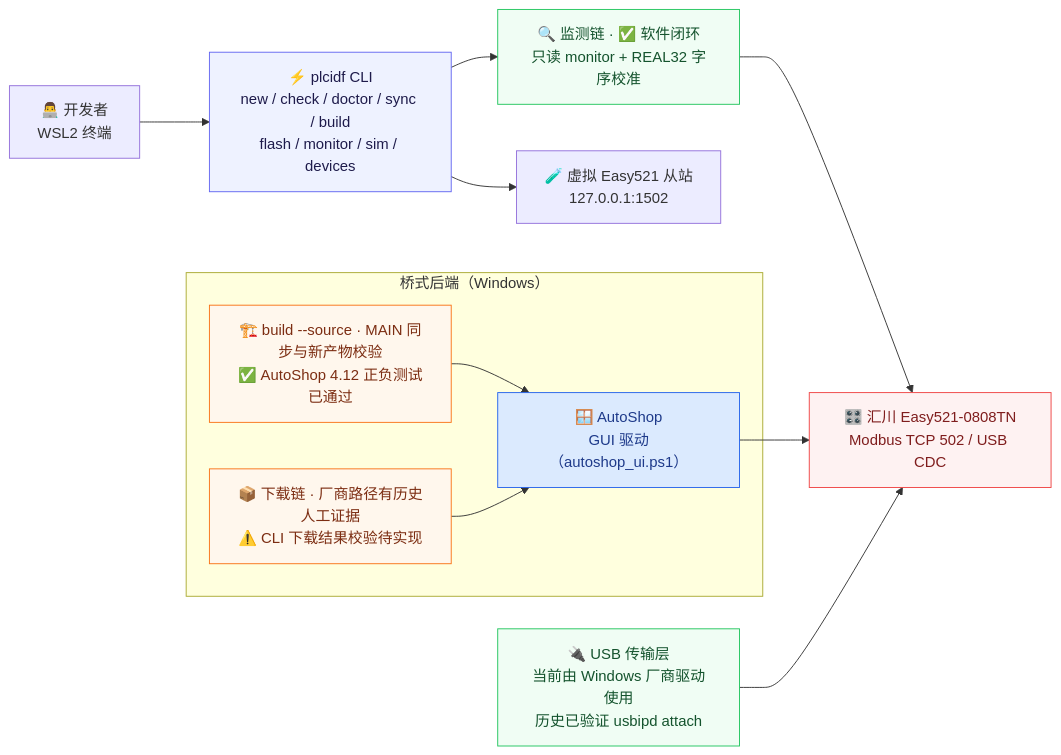
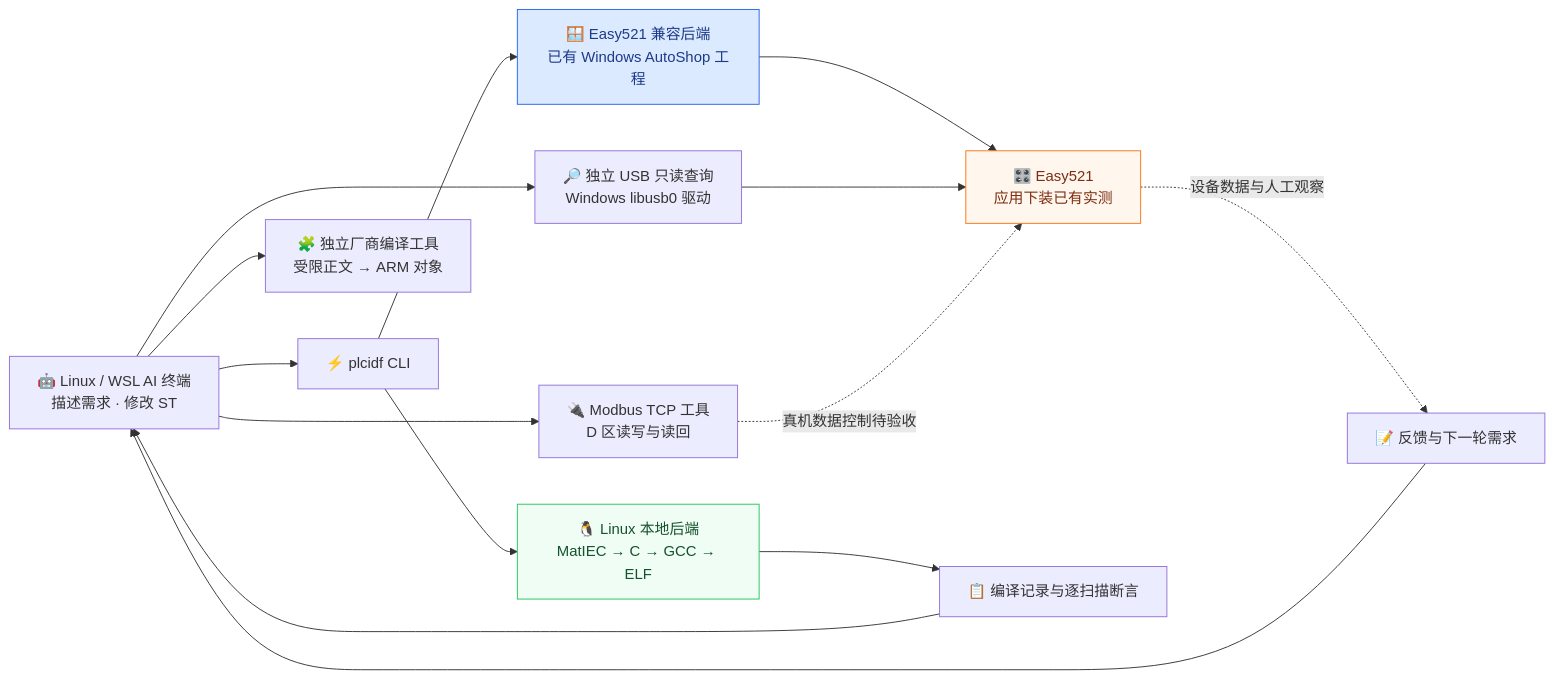
Before and after one commit to BUG423/other-plc-idf: the diagram in README.md, drawn with Mermaid. The commit also changed other lines of this file and 43 other files, not shown here.

Commit message:
feat: query Easy521 USB directly and reproduce Linux object linking

````diff
--- a/README.md
+++ b/README.md
@@ -44,30 +16,20 @@
 ```mermaid
 flowchart LR
-    DEV["👨‍💻 开发者<br/>WSL2 终端"] --> CLI["⚡ plcidf CLI<br/>new / check / doctor / sync / build<br/>flash / monitor / sim / devices"]
+    AI["🤖 Linux / WSL AI 终端<br/>描述需求 · 修改 ST"] --> CLI["⚡ plcidf CLI"]
+    CLI --> OPEN["🐧 Linux 本地后端<br/>MatIEC → C → GCC → ELF"]
+    CLI --> VENDOR["🪟 Easy521 兼容后端<br/>已有 Windows AutoShop 工程"]
+    AI --> DATA["🔌 Modbus TCP 工具<br/>D 区读写与读回"]
+    AI --> USB["🔎 独立 USB 只读查询<br/>Windows libusb0 驱动"]
+    AI --> OBJECT["🧩 独立厂商编译工具<br/>受限正文 → ARM 对象"]
+    VENDOR --> PLC["🎛️ Easy521<br/>应用下装已有实测"]
+    USB --> PLC
+    DATA -.->|"真机数据控制待验收"| PLC
+    OPEN --> REPORT["📋 编译记录与逐扫描断言"]
+    PLC -.->|"设备数据与人工观察"| FEEDBACK["📝 反馈与下一轮需求"]
+    REPORT --> AI
+    FEEDBACK --> AI
 
-    CLI --> SIM["🧪 虚拟 Easy521 从站<br/>127.0.0.1:1502"]
-    CLI --> MON["🔍 监测链 · ✅ 软件闭环<br/>只读 monitor + REAL32 字序校准"]
-
-    subgraph BRIDGE["桥式后端（Windows）"]
-        BUILD["🏗️ build --source · MAIN 同步与新产物校验<br/>✅ AutoShop 4.12 正负测试已通过"]
-        FLASH["📦 下载链 · 厂商路径有历史人工证据<br/>⚠️ CLI 下载结果校验待实现"]
-        AUTO["🪟 AutoShop<br/>GUI 驱动（autoshop_ui.ps1）"]
-        BUILD --> AUTO
-        FLASH --> AUTO
-    end
-
-    USB["🔌 USB 传输层<br/>当前由 Windows 厂商驱动使用<br/>历史已验证 usbipd attach"]
-    HW["🎛️ 汇川 Easy521-0808TN<br/>Modbus TCP 502 / USB CDC"]
-
-    MON --> HW
-    AUTO --> HW
-    USB --> HW
-
-    style CLI fill:#eef2ff,stroke:#6366f1,color:#1e1b4b
-    style MON fill:#f0fdf4,stroke:#22c55e,color:#14532d
-    style USB fill:#f0fdf4,stroke:#22c55e,color:#14532d
-    style BUILD fill:#fff7ed,stroke:#f97316,color:#7c2d12
-    style FLASH fill:#fff7ed,stroke:#f97316,color:#7c2d12
-    style AUTO fill:#dbeafe,stroke:#2563eb,color:#1e3a8a
-    style HW fill:#fef2f2,stroke:#ef4444,color:#7f1d1d
+    style OPEN fill:#f0fdf4,stroke:#22c55e,color:#14532d
+    style VENDOR fill:#dbeafe,stroke:#2563eb,color:#1e3a8a
+    style PLC fill:#fff7ed,stroke:#f97316,color:#7c2d12
 ```
````
